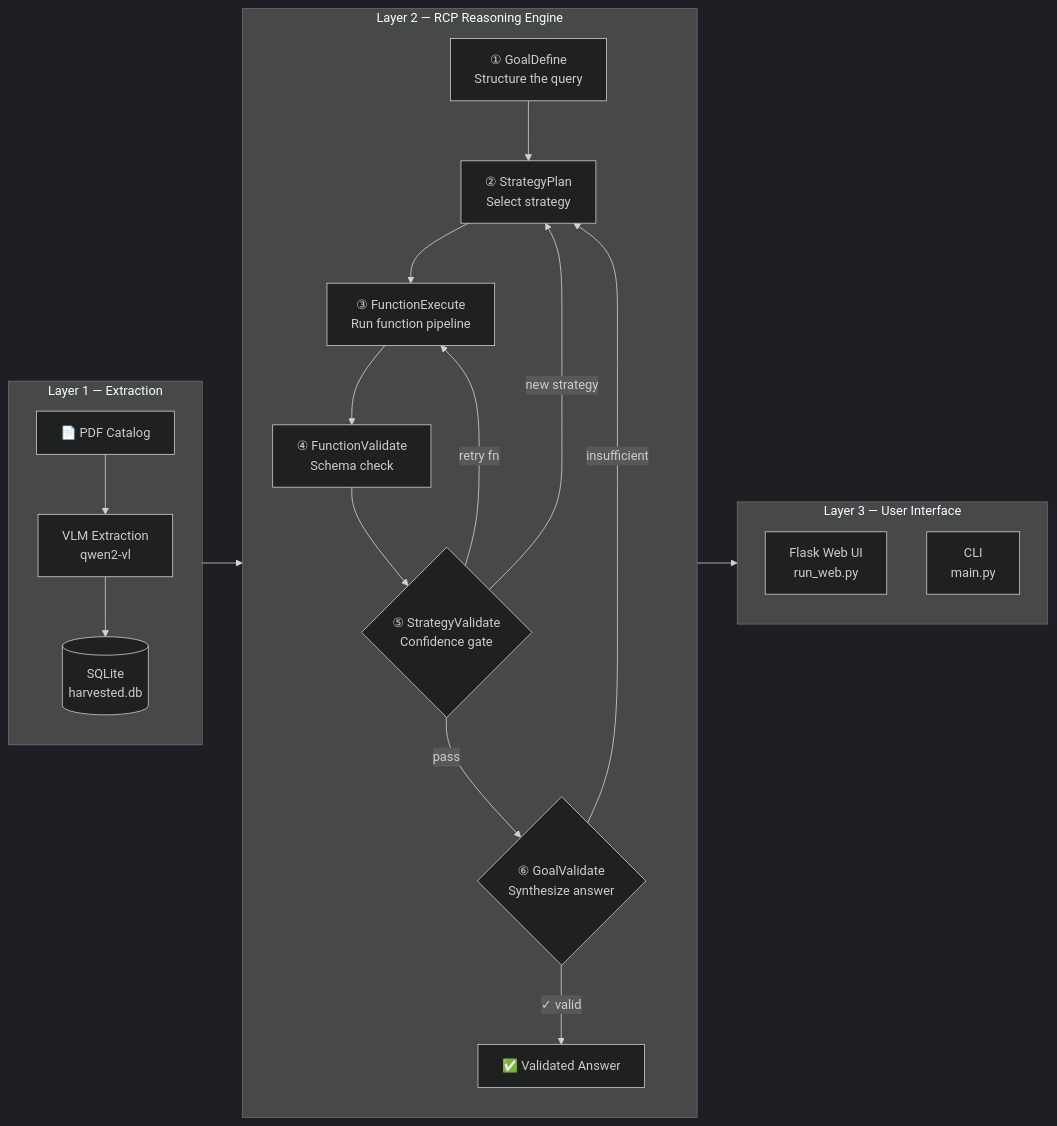
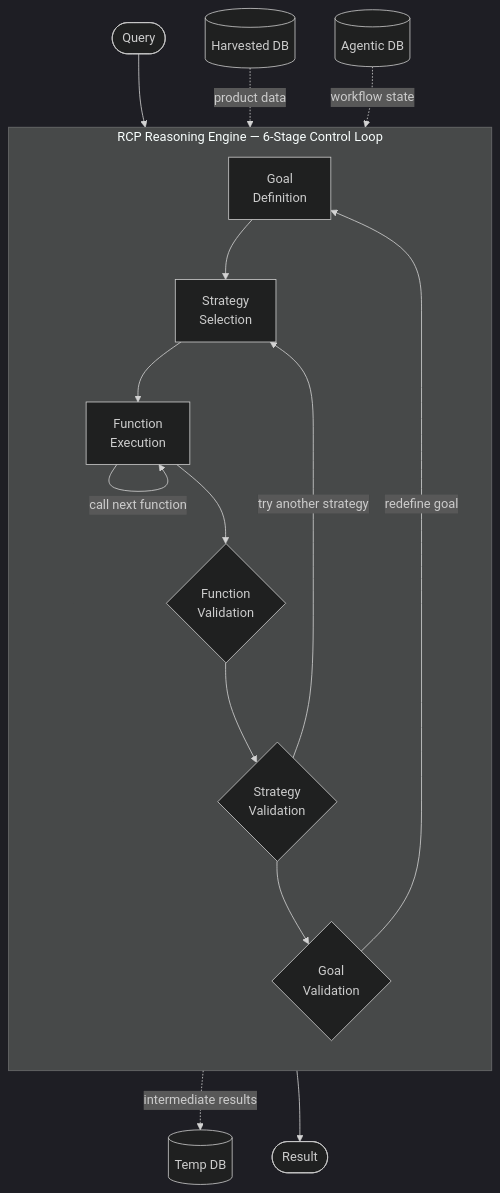
Before and after one commit to oscik559/RCP-Framework: the diagram in README.md, drawn with Mermaid (dark theme). The commit also changed 3 other files, not shown here.

First line of the commit message:
Remove skipped tests and update README architecture diagram

````diff
--- a/README.md
+++ b/README.md
@@ -16,29 +16,31 @@
 ```mermaid
-flowchart LR
-    subgraph L1["Layer 1 — Extraction"]
+flowchart TD
+    Q([Query])
+
+    Q --> GD
+
+    subgraph RCP["RCP Reasoning Engine — 6-Stage Control Loop"]
         direction TB
-        PDF[📄 PDF Catalog] --> VLM[VLM Extraction\nqwen2-vl]
-        VLM --> DB[(SQLite\nharvested.db)]
+        GD["Goal\nDefinition"]
+        SS["Strategy\nSelection"]
+        FE["Function\nExecution"]
+        FV{Function\nValidation}
+        SV{Strategy\nValidation}
+        GV{Goal\nValidation}
+
+        GD --> SS
+        SS --> FE
+        FE -->|call next function| FE
+        FE --> FV
+        FV --> SV
+        SV -->|try another strategy| SS
+        SV --> GV
+        GV -->|redefine goal| GD
     end
 
-    subgraph L2["Layer 2 — RCP Reasoning Engine"]
-        direction TB
-        GD["① GoalDefine\nStructure the query"] --> SP["② StrategyPlan\nSelect strategy"]
-        SP --> FE["③ FunctionExecute\nRun function pipeline"]
-        FE --> FV["④ FunctionValidate\nSchema check"]
-        FV --> SV{"⑤ StrategyValidate\nConfidence gate"}
-        SV -->|retry fn| FE
-        SV -->|new strategy| SP
-        SV -->|pass| GV{"⑥ GoalValidate\nSynthesize answer"}
-        GV -->|insufficient| SP
-        GV -->|✓ valid| ANS["✅ Validated Answer"]
-    end
+    HDB[(Harvested DB)] -.->|product data| FE
+    FE -.->|intermediate results| TDB[(Temp DB)]
+    ADB[(Agentic DB)] -.->|workflow state| RCP
 
-    subgraph L3["Layer 3 — User Interface"]
-        WEB["Flask Web UI\nrun_web.py"]
-        CLI["CLI\nmain.py"]
-    end
-
-    DB --> L2
-    L2 --> L3
+    GV --> R([Result])
 ```
````
